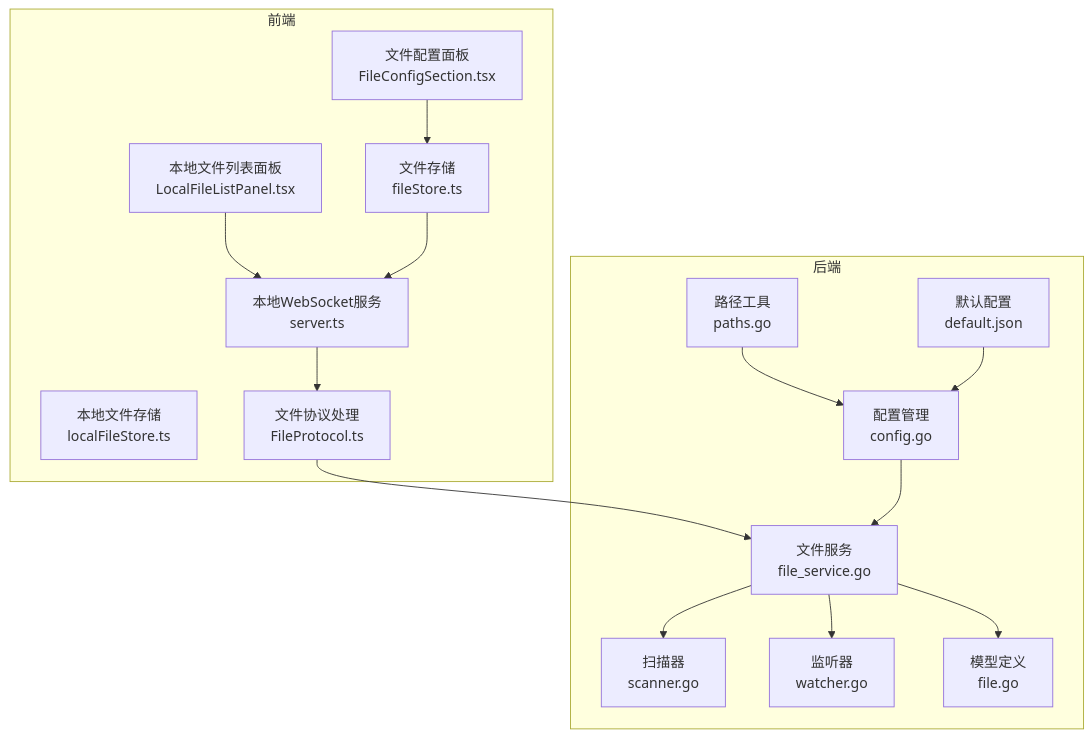
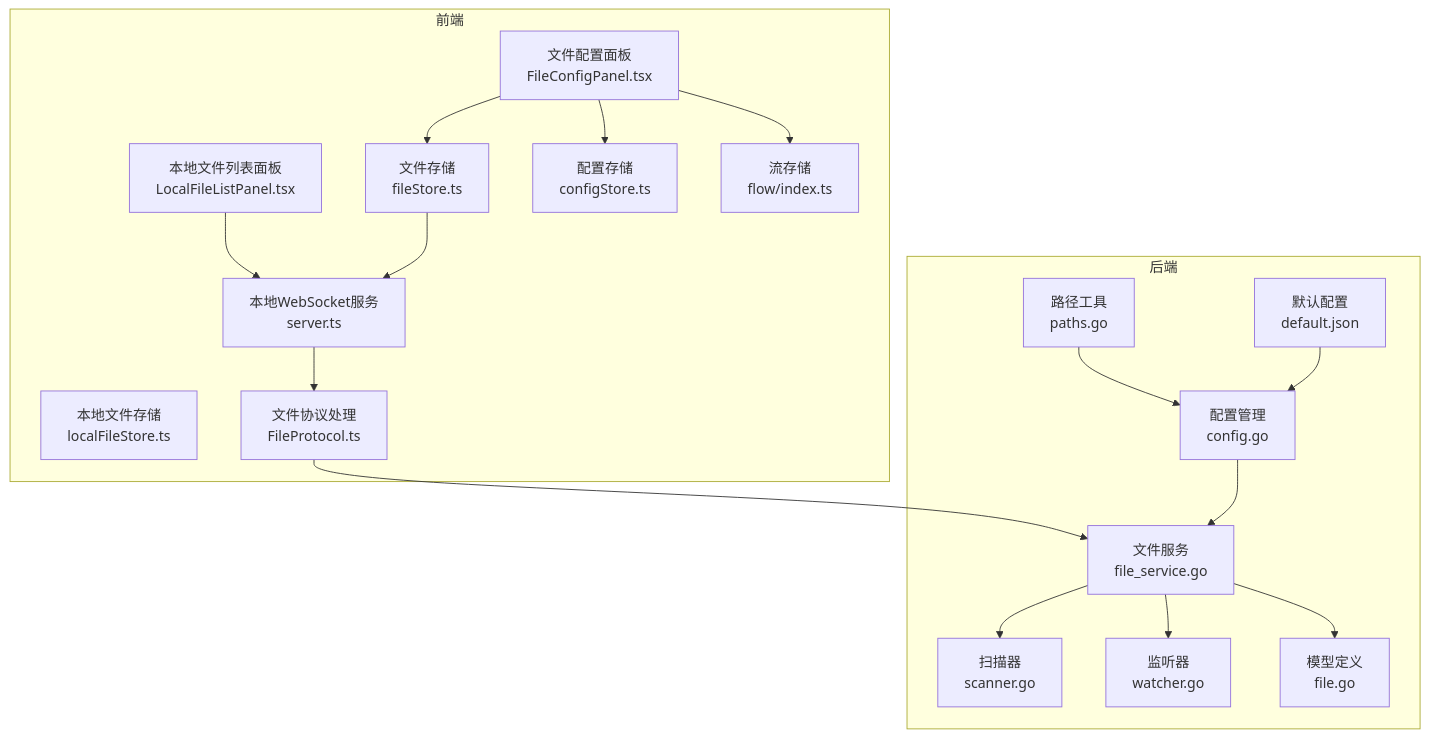
One commit to kqcoxn/MaaPipelineEditor changed the first of 7 diagrams in .qoder/repowiki/zh/content/用户界面/面板系统/配置面板/文件配置区域.md. Above: the diagram before and after it, drawn with Mermaid. The commit also changed other lines of this file and 50 other files, not shown here.

````diff
--- a/.qoder/repowiki/zh/content/用户界面/面板系统/配置面板/文件配置区域.md
+++ b/.qoder/repowiki/zh/content/用户界面/面板系统/配置面板/文件配置区域.md
@@ -42,31 +54,35 @@
 ```mermaid
 graph TB
 subgraph "前端"
-FCS["文件配置面板<br/>FileConfigSection.tsx"]
+FCP["文件配置面板<br/>FileConfigPanel.tsx"]
 LFL["本地文件列表面板<br/>LocalFileListPanel.tsx"]
 FS["文件存储<br/>fileStore.ts"]
 LFS["本地文件存储<br/>localFileStore.ts"]
 SRV["本地WebSocket服务<br/>server.ts"]
 FP["文件协议处理<br/>FileProtocol.ts"]
+CFG["配置存储<br/>configStore.ts"]
+FL["流存储<br/>flow/index.ts"]
 end
 subgraph "后端"
-CFG["配置管理<br/>config.go"]
+CFG2["配置管理<br/>config.go"]
 PATH["路径工具<br/>paths.go"]
 DEF["默认配置<br/>default.json"]
 SVC["文件服务<br/>file_service.go"]
 SCN["扫描器<br/>scanner.go"]
 WAT["监听器<br/>watcher.go"]
 MOD["模型定义<br/>file.go"]
 end
-FCS --> FS
+FCP --> FS
+FCP --> CFG
+FCP --> FL
 LFL --> SRV
 FS --> SRV
 SRV --> FP
 FP --> SVC
 SVC --> SCN
 SVC --> WAT
-CFG --> SVC
-PATH --> CFG
-DEF --> CFG
+CFG2 --> SVC
+PATH --> CFG2
+DEF --> CFG2
 SVC --> MOD
 ```
````
